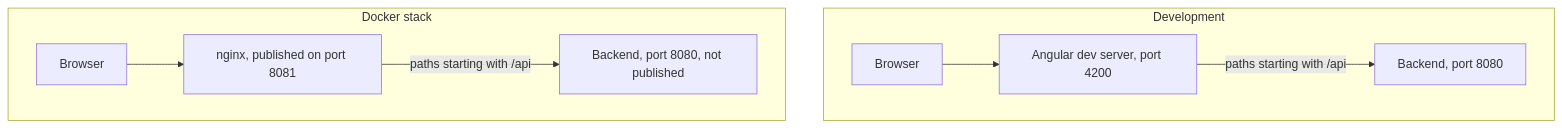
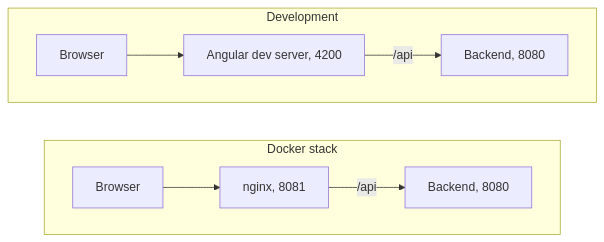
Before and after one commit to Sriram-Codes-SW/secure-doc-viewer: the third of 3 diagrams in book/part-1-foundations/08-how-the-web-works.md, drawn with Mermaid. The commit also changed other lines of this file and 31 other files, not shown here.

Commit message:
Book: interior layout design, diagram restructuring for print size, mermaid config, measure helper

````diff
--- a/book/part-1-foundations/08-how-the-web-works.md
+++ b/book/part-1-foundations/08-how-the-web-works.md
@@ -372,13 +372,14 @@
 ```mermaid
 flowchart TB
     subgraph Development
         direction LR
-        B1["Browser"] --> DEV["Angular dev server, port 4200"]
-        DEV -->|"paths starting with /api"| API1["Backend, port 8080"]
+        B1["Browser"] --> DEV["Angular dev server, 4200"]
+        DEV -->|"/api"| API1["Backend, 8080"]
     end
     subgraph Docker["Docker stack"]
         direction LR
-        B2["Browser"] --> NG["nginx, published on port 8081"]
-        NG -->|"paths starting with /api"| API2["Backend, port 8080, not published"]
+        B2["Browser"] --> NG["nginx, 8081"]
+        NG -->|"/api"| API2["Backend, 8080"]
     end
+    Development ~~~ Docker
 ```
````
